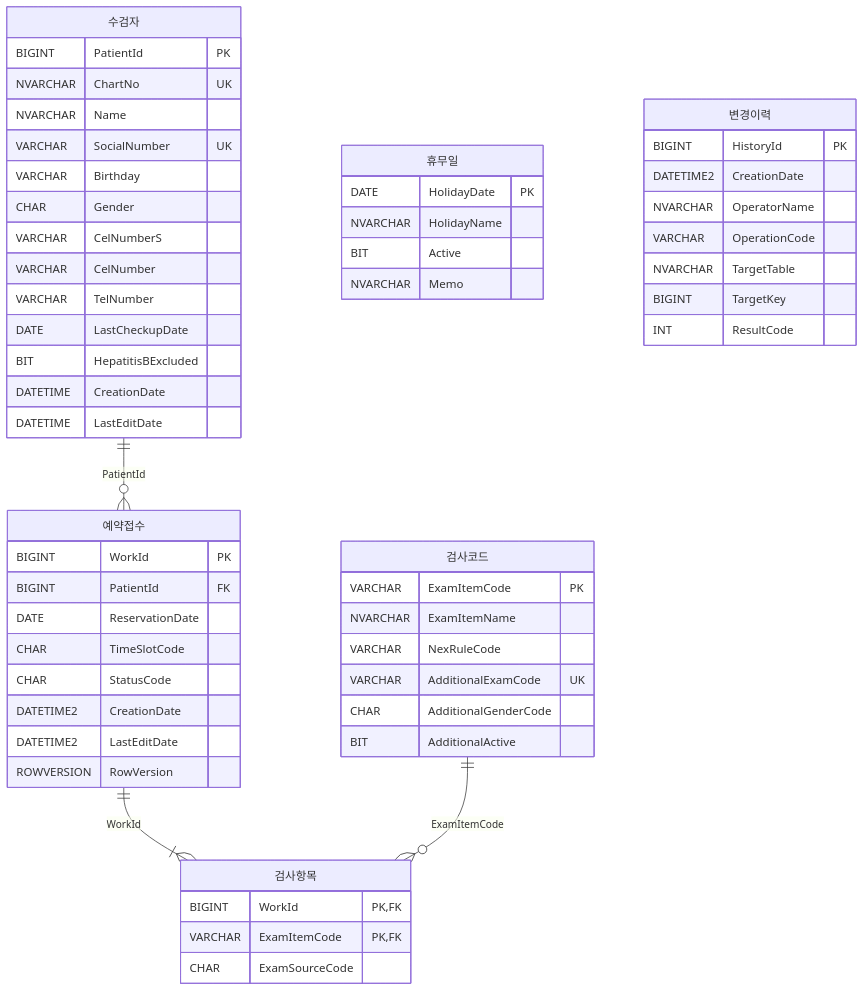
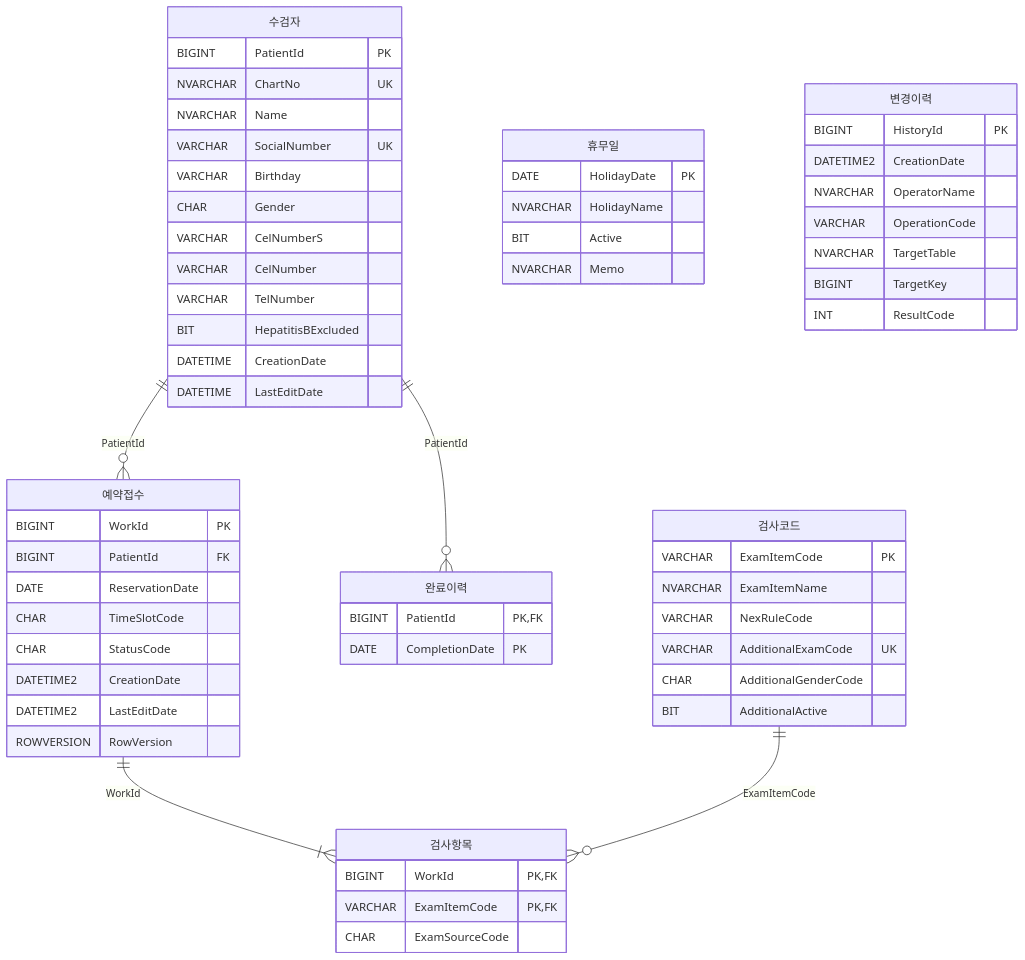
One commit to wotjr1649/HealthCheckupReservationReception changed the diagram in docs/phase4/04_DB_Design_R3_DRAFT.md. Above: the diagram before and after it, drawn with Mermaid. The commit also changed other lines of this file and 1 other file, not shown here.

````diff
--- a/docs/phase4/04_DB_Design_R3_DRAFT.md
+++ b/docs/phase4/04_DB_Design_R3_DRAFT.md
@@ -810,65 +1296,70 @@
 ```mermaid
 erDiagram
     수검자 ||--o{ 예약접수 : "PatientId"
+    수검자 ||--o{ 완료이력 : "PatientId"
     예약접수 ||--|{ 검사항목 : "WorkId"
     검사코드 ||--o{ 검사항목 : "ExamItemCode"
 
     수검자 {
         BIGINT PatientId PK
         NVARCHAR ChartNo UK
         NVARCHAR Name
         VARCHAR SocialNumber UK
         VARCHAR Birthday
         CHAR Gender
         VARCHAR CelNumberS
         VARCHAR CelNumber
         VARCHAR TelNumber
-        DATE LastCheckupDate
         BIT HepatitisBExcluded
         DATETIME CreationDate
         DATETIME LastEditDate
     }
 
     예약접수 {
         BIGINT WorkId PK
         BIGINT PatientId FK
         DATE ReservationDate
         CHAR TimeSlotCode
         CHAR StatusCode
         DATETIME2 CreationDate
         DATETIME2 LastEditDate
         ROWVERSION RowVersion
     }
 
     검사항목 {
         BIGINT WorkId PK,FK
         VARCHAR ExamItemCode PK,FK
         CHAR ExamSourceCode
     }
 
     검사코드 {
         VARCHAR ExamItemCode PK
         NVARCHAR ExamItemName
         VARCHAR NexRuleCode
         VARCHAR AdditionalExamCode UK
         CHAR AdditionalGenderCode
         BIT AdditionalActive
     }
 
     휴무일 {
         DATE HolidayDate PK
         NVARCHAR HolidayName
         BIT Active
         NVARCHAR Memo
     }
 
+    완료이력 {
+        BIGINT PatientId PK,FK
+        DATE CompletionDate PK
+    }
+
     변경이력 {
         BIGINT HistoryId PK
         DATETIME2 CreationDate
         NVARCHAR OperatorName
         VARCHAR OperationCode
         NVARCHAR TargetTable
         BIGINT TargetKey
         INT ResultCode
     }
 ```
````
